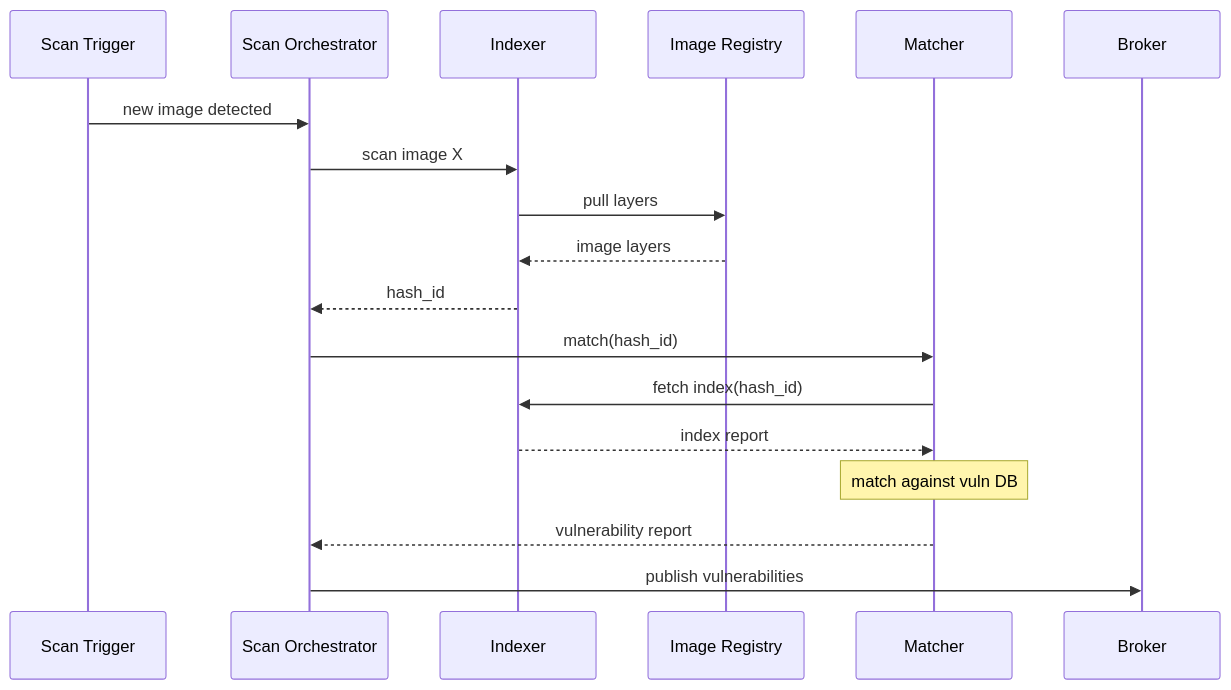
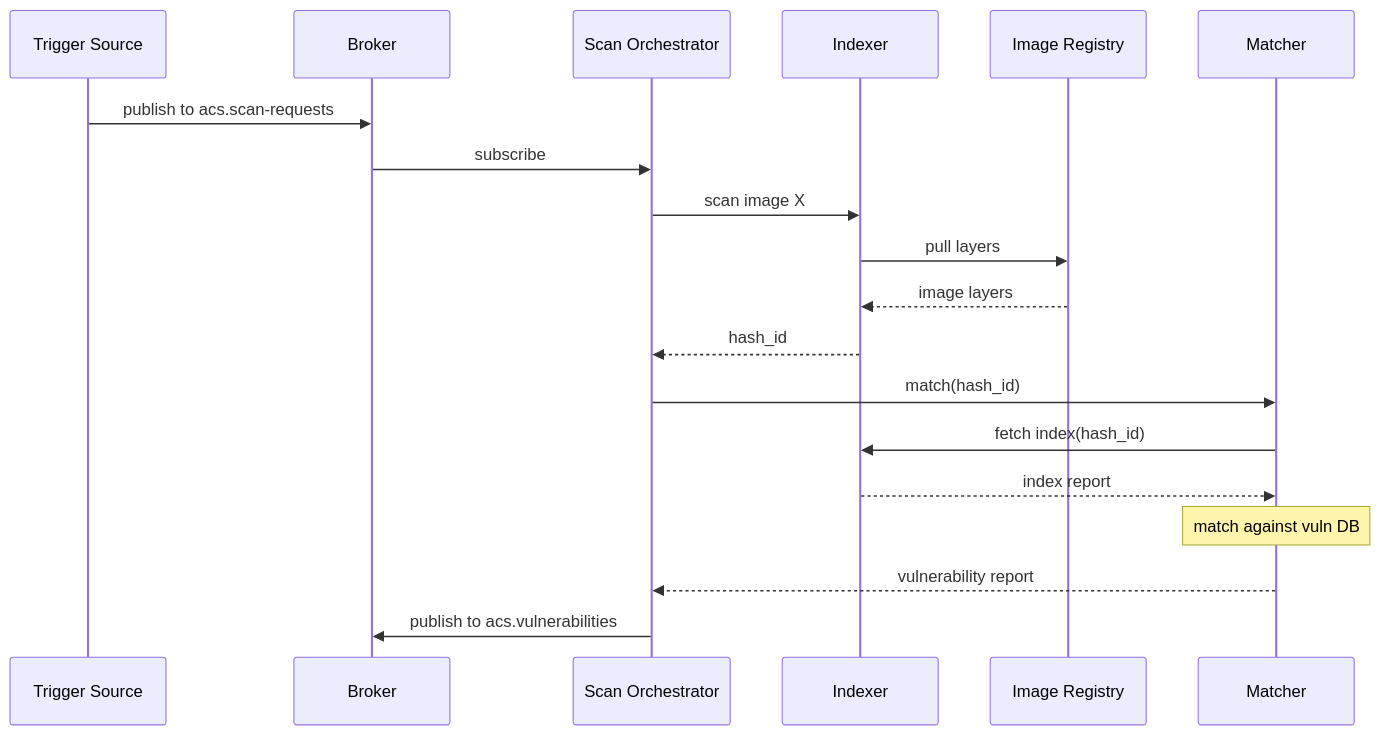
The first of 4 diagrams in docs/architecture/components/scanner.md (kylape/acs-next), drawn with Mermaid before and after one commit. The commit also changed other lines of this file and 2 other files, not shown here.

First line of the commit message:
Route scan triggers through broker (acs.scan-requests)

````diff
--- a/docs/architecture/components/scanner.md
+++ b/docs/architecture/components/scanner.md
@@ -32,21 +32,22 @@
 ```mermaid
 sequenceDiagram
-    participant Trigger as Scan Trigger
+    participant Source as Trigger Source
+    participant Broker
     participant Orch as Scan Orchestrator
     participant Indexer
     participant Registry as Image Registry
     participant Matcher
-    participant Broker
 
-    Trigger->>Orch: new image detected
+    Source->>Broker: publish to acs.scan-requests
+    Broker->>Orch: subscribe
     Orch->>Indexer: scan image X
     Indexer->>Registry: pull layers
     Registry-->>Indexer: image layers
     Indexer-->>Orch: hash_id
     Orch->>Matcher: match(hash_id)
     Matcher->>Indexer: fetch index(hash_id)
     Indexer-->>Matcher: index report
     Note over Matcher: match against vuln DB
     Matcher-->>Orch: vulnerability report
-    Orch->>Broker: publish vulnerabilities
+    Orch->>Broker: publish to acs.vulnerabilities
 ```
````
